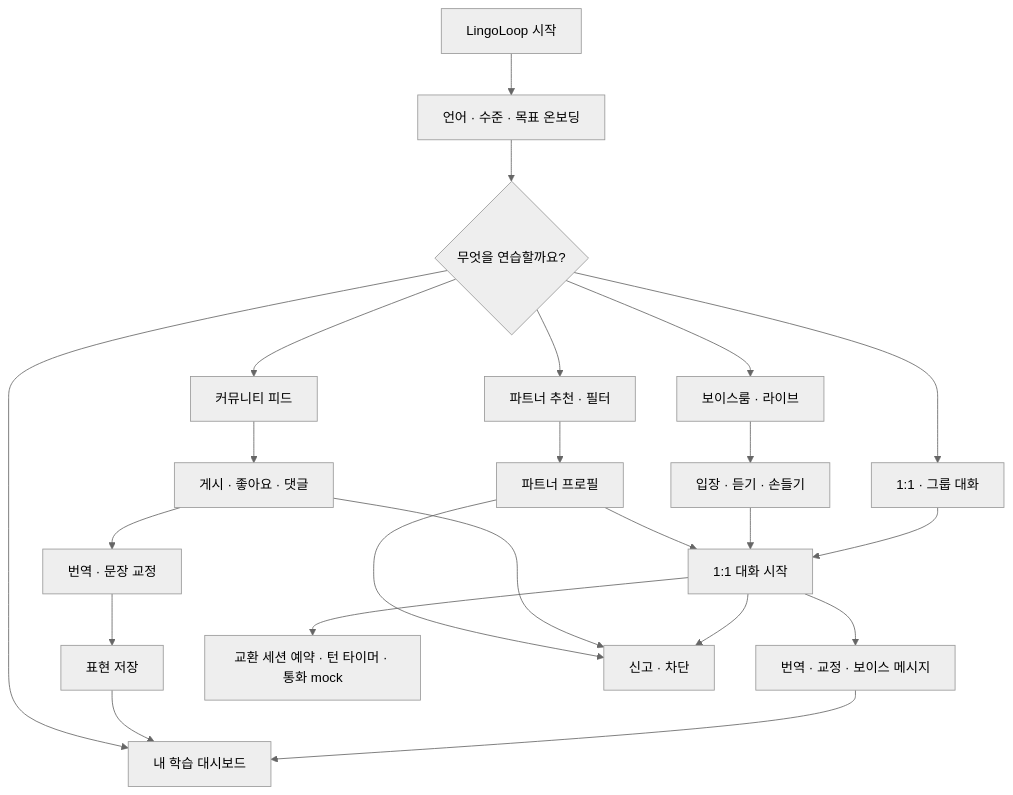
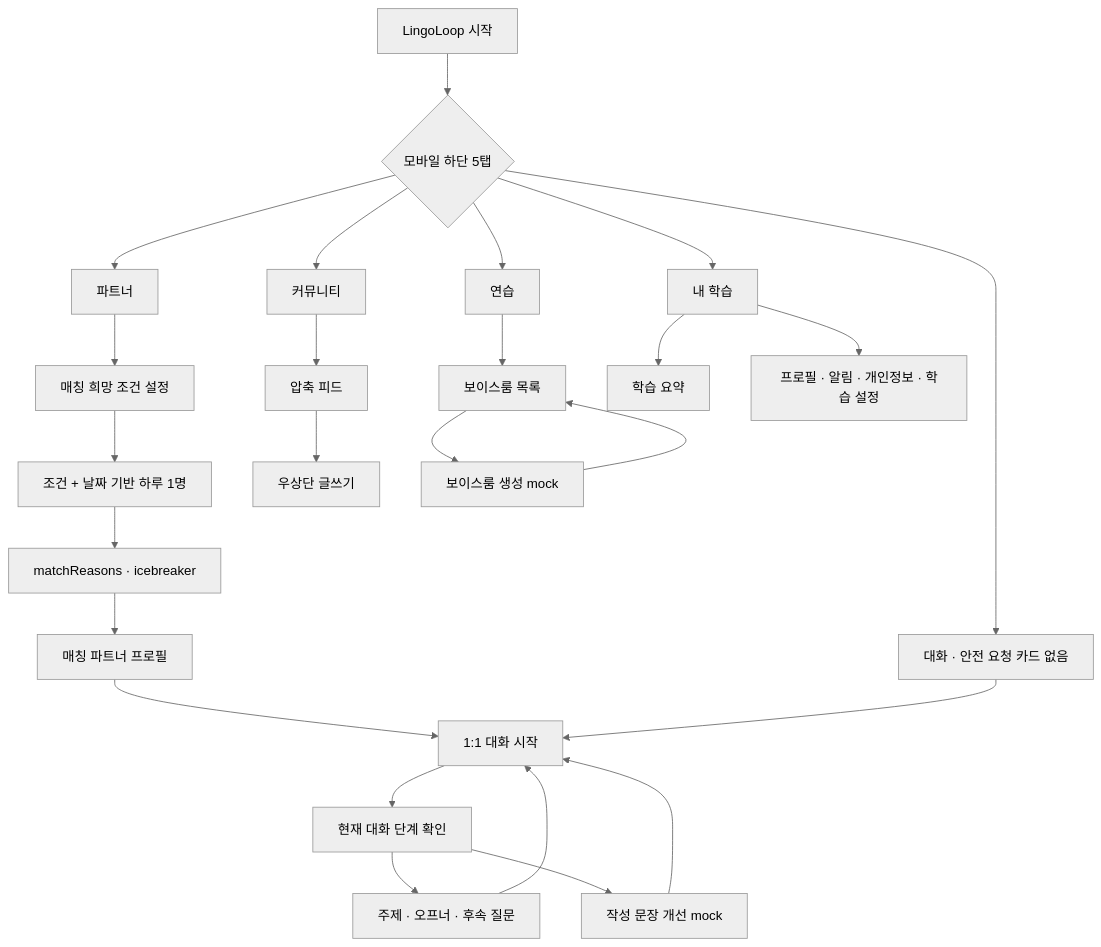
The second of 2 diagrams in README.md (Docile1115/lingoloop-web-mock), drawn with Mermaid (neutral theme) before and after one commit. The commit also changed other lines of this file and 5 other files, not shown here.

Commit message:
Simplify daily matching and core mobile flows

````diff
--- a/README.md
+++ b/README.md
@@ -143,31 +153,32 @@
 ```mermaid
 flowchart TD
-    Start["LingoLoop 시작"] --> Onboarding["언어 · 수준 · 목표 온보딩"]
-    Onboarding --> Home{"무엇을 연습할까요?"}
+    Start["LingoLoop 시작"] --> Home{"모바일 하단 5탭"}
 
-    Home --> Partners["파트너 추천 · 필터"]
-    Partners --> Profile["파트너 프로필"]
+    Home --> Partners["파트너"]
+    Partners --> Preferences["매칭 희망 조건 설정"]
+    Preferences --> Daily["조건 + 날짜 기반 하루 1명"]
+    Daily --> Reasons["matchReasons · icebreaker"]
+    Reasons --> Profile["매칭 파트너 프로필"]
     Profile --> Conversation["1:1 대화 시작"]
 
-    Home --> Community["커뮤니티 피드"]
-    Community --> Post["게시 · 좋아요 · 댓글"]
-    Post --> Correction["번역 · 문장 교정"]
-    Correction --> Saved["표현 저장"]
+    Home --> Community["커뮤니티"]
+    Community --> CompactFeed["압축 피드"]
+    CompactFeed --> Compose["우상단 글쓰기"]
 
-    Home --> Practice["보이스룸 · 라이브"]
-    Practice --> Room["입장 · 듣기 · 손들기"]
-    Room --> Conversation
+    Home --> Chats["대화 · 안전 요청 카드 없음"]
+    Chats --> Conversation
+    Conversation --> CoachStep["현재 대화 단계 확인"]
+    CoachStep --> CoachIdeas["주제 · 오프너 · 후속 질문"]
+    CoachStep --> Improve["작성 문장 개선 mock"]
+    CoachIdeas --> Conversation
+    Improve --> Conversation
 
-    Home --> Chats["1:1 · 그룹 대화"]
-    Chats --> Conversation
-    Conversation --> Tools["번역 · 교정 · 보이스 메시지"]
-    Conversation --> Session["교환 세션 예약 · 턴 타이머 · 통화 mock"]
+    Home --> Practice["연습"]
+    Practice --> RoomList["보이스룸 목록"]
+    RoomList --> CreateRoom["보이스룸 생성 mock"]
+    CreateRoom --> RoomList
 
-    Home --> Learning["내 학습 대시보드"]
-    Saved --> Learning
-    Tools --> Learning
-
-    Profile --> Safety["신고 · 차단"]
-    Post --> Safety
-    Conversation --> Safety
+    Home --> Learning["내 학습"]
+    Learning --> Summary["학습 요약"]
+    Learning --> Settings["프로필 · 알림 · 개인정보 · 학습 설정"]
 ```
````
